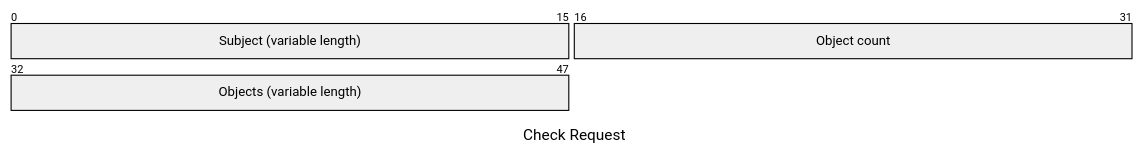
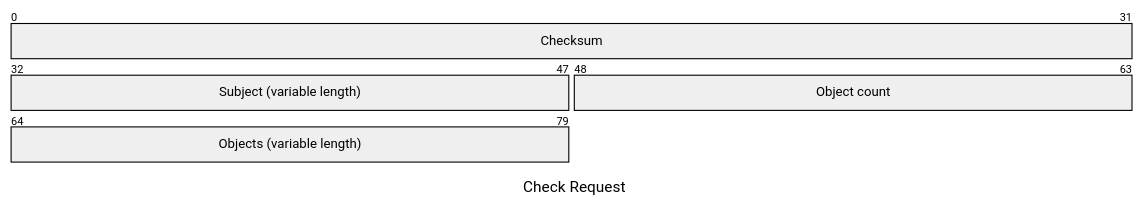
Before and after one commit to xmidt-org/hashy: the fourth of 5 diagrams in README.md, drawn with Mermaid. The commit also changed other lines of this file, not shown here.

````diff
--- a/README.md
+++ b/README.md
@@ -116,9 +116,10 @@
 ```mermaid
 ---
 title: "Check Request"
 ---
 packet
++32: "Checksum"
 +16: "Subject (variable length)"
 +16: "Object count"
 +16: "Objects (variable length)"
 ```
````
